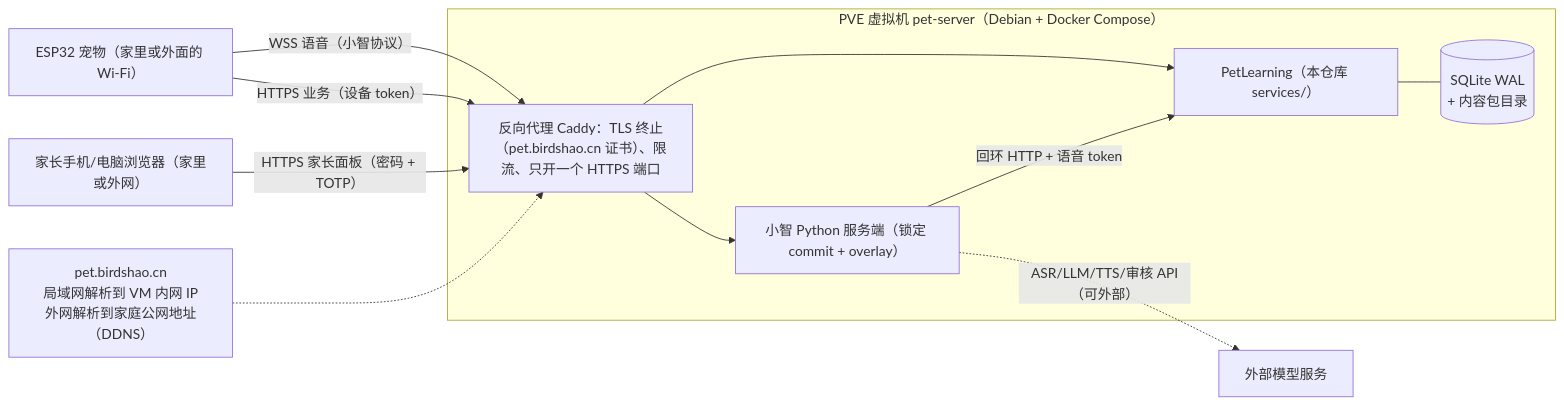
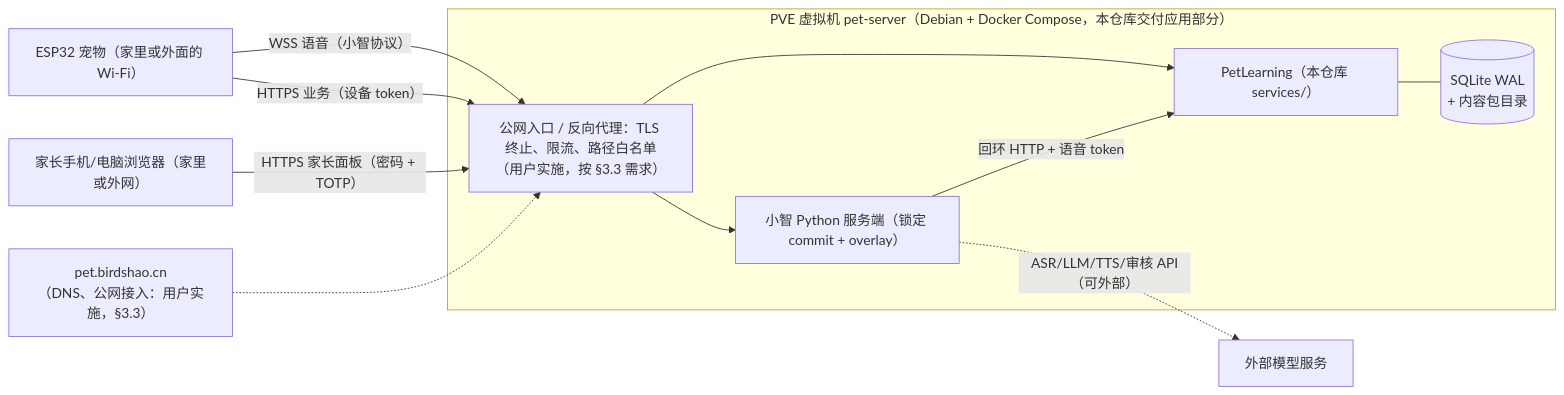
The diagram in docs/V5_V6_SERVER_PLAN.md (birdshao/xiaozhi-pet), drawn with Mermaid before and after one commit. The commit also changed other lines of this file, not shown here.

````diff
--- a/docs/V5_V6_SERVER_PLAN.md
+++ b/docs/V5_V6_SERVER_PLAN.md
@@ -45,18 +45,18 @@
 ```mermaid
 flowchart LR
     DEV["ESP32 宠物（家里或外面的 Wi-Fi）"] -- "WSS 语音（小智协议）" --> PX
     DEV -- "HTTPS 业务（设备 token）" --> PX
     PAR["家长手机/电脑浏览器（家里或外网）"] -- "HTTPS 家长面板（密码 + TOTP）" --> PX
-    DNS["pet.birdshao.cn\n局域网解析到 VM 内网 IP\n外网解析到家庭公网地址（DDNS）"] -.-> PX
-    subgraph HOST["PVE 虚拟机 pet-server（Debian + Docker Compose）"]
-      PX["反向代理 Caddy：TLS 终止（pet.birdshao.cn 证书）、限流、只开一个 HTTPS 端口"]
+    DNS["pet.birdshao.cn\n（DNS、公网接入：用户实施，§3.3）"] -.-> PX
+    PX["公网入口 / 反向代理：TLS 终止、限流、路径白名单\n（用户实施，按 §3.3 需求）"]
+    subgraph HOST["PVE 虚拟机 pet-server（Debian + Docker Compose，本仓库交付应用部分）"]
       XZ["小智 Python 服务端（锁定 commit + overlay）"]
       PL["PetLearning（本仓库 services/）"]
       DB[("SQLite WAL\n+ 内容包目录")]
       PX --> XZ
       PX --> PL
       XZ -- "回环 HTTP + 语音 token" --> PL
       PL --- DB
     end
     XZ -. "ASR/LLM/TTS/审核 API（可外部）" .-> EXT["外部模型服务"]
 ```
````
